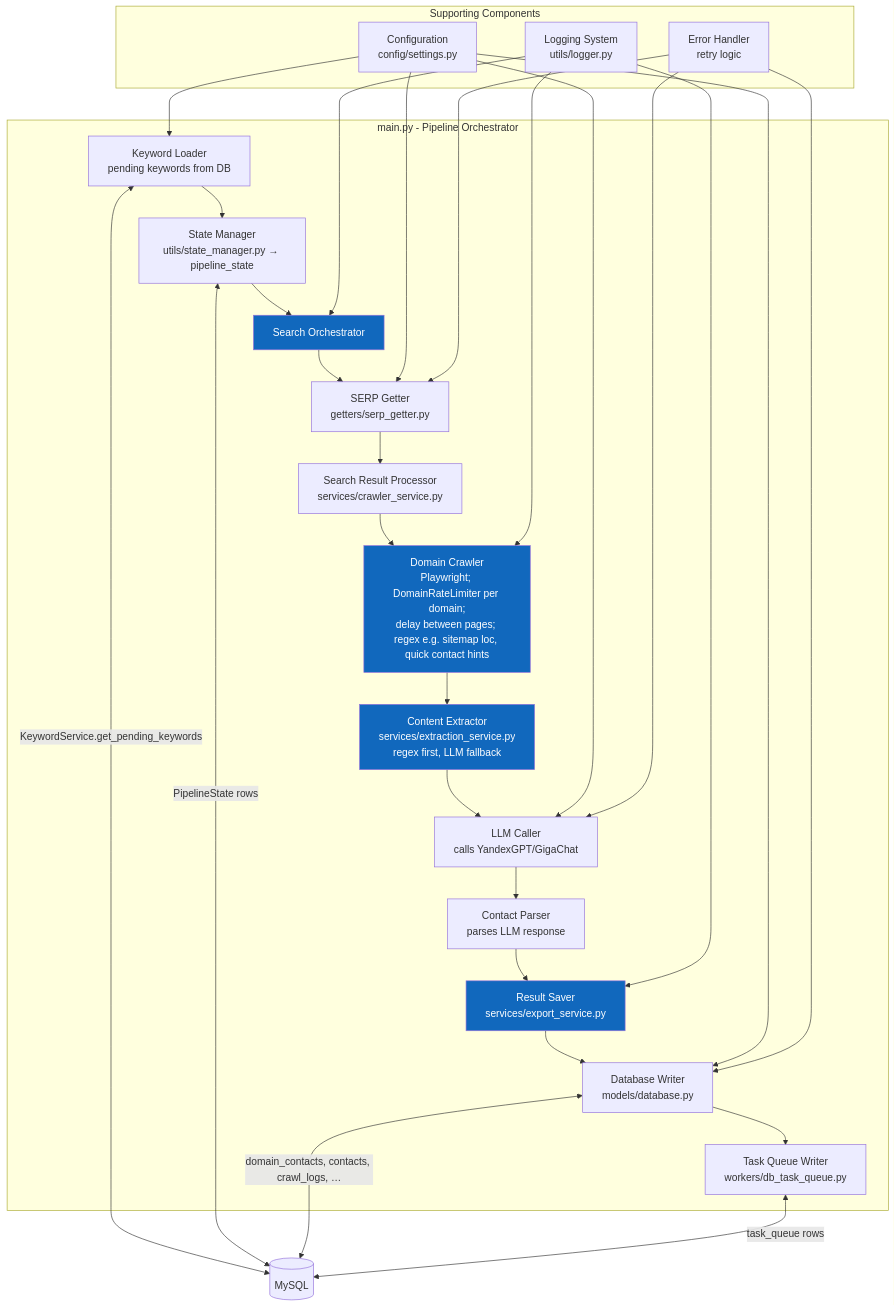
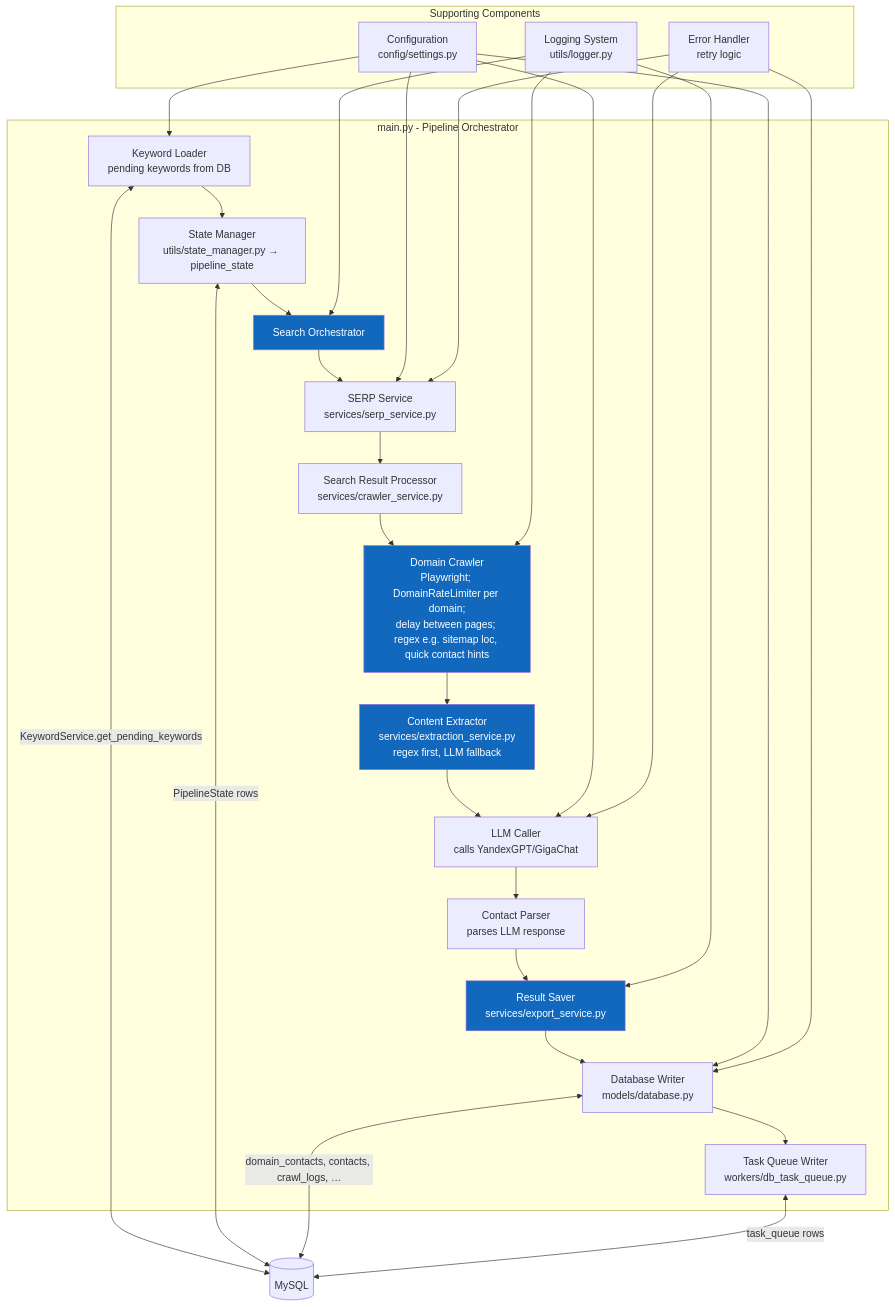
Before and after one commit to hauptmann1971/b2b-contact-miner: the third of 8 diagrams in doc/C4_ARCHITECTURE.md, drawn with Mermaid. The commit also changed other lines of this file and 9 other files, not shown here.

````diff
--- a/doc/C4_ARCHITECTURE.md
+++ b/doc/C4_ARCHITECTURE.md
@@ -86,51 +86,51 @@
 ```mermaid
 graph TB
     subgraph "main.py - Pipeline Orchestrator"
         KeywordLoader[Keyword Loader<br/>pending keywords from DB] --> StateManager[State Manager<br/>utils/state_manager.py → pipeline_state]
         StateManager --> SearchOrchestrator[Search Orchestrator]
         
-        SearchOrchestrator --> SERPGetter[SERP Getter<br/>getters/serp_getter.py]
+        SearchOrchestrator --> SERPGetter[SERP Service<br/>services/serp_service.py]
         SERPGetter --> SearchResultProcessor[Search Result Processor<br/>services/crawler_service.py]
         
         SearchResultProcessor --> DomainCrawler[Domain Crawler<br/>Playwright; DomainRateLimiter per domain;<br/>delay between pages; regex e.g. sitemap loc, quick contact hints]
         DomainCrawler --> ContentExtractor[Content Extractor<br/>services/extraction_service.py<br/>regex first, LLM fallback]
         
         ContentExtractor --> LLMCaller[LLM Caller<br/>calls YandexGPT/GigaChat]
         LLMCaller --> ContactParser[Contact Parser<br/>parses LLM response]
         
         ContactParser --> ResultSaver[Result Saver<br/>services/export_service.py]
         ResultSaver --> DBWriter[Database Writer<br/>models/database.py]
         
         DBWriter --> TaskQueueWriter[Task Queue Writer<br/>workers/db_task_queue.py]
     end
     
     MySQL[(MySQL)]
     KeywordLoader <-->|KeywordService.get_pending_keywords| MySQL
     StateManager <-->|PipelineState rows| MySQL
     DBWriter <-->|domain_contacts, contacts, crawl_logs, …| MySQL
     TaskQueueWriter <-->|task_queue rows| MySQL
     
     subgraph "Supporting Components"
         Config[Configuration<br/>config/settings.py]
         Logger[Logging System<br/>utils/logger.py]
         ErrorHandler[Error Handler<br/>retry logic]
     end
     
     Config --> KeywordLoader
     Config --> SERPGetter
     Config --> LLMCaller
     Config --> DBWriter
     
     Logger --> SearchOrchestrator
     Logger --> DomainCrawler
     Logger --> ResultSaver
     
     ErrorHandler --> SERPGetter
     ErrorHandler --> LLMCaller
     ErrorHandler --> DBWriter
     
     style SearchOrchestrator fill:#1168bd,color:#fff
     style DomainCrawler fill:#1168bd,color:#fff
     style ContentExtractor fill:#1168bd,color:#fff
     style ResultSaver fill:#1168bd,color:#fff
 ```
````
